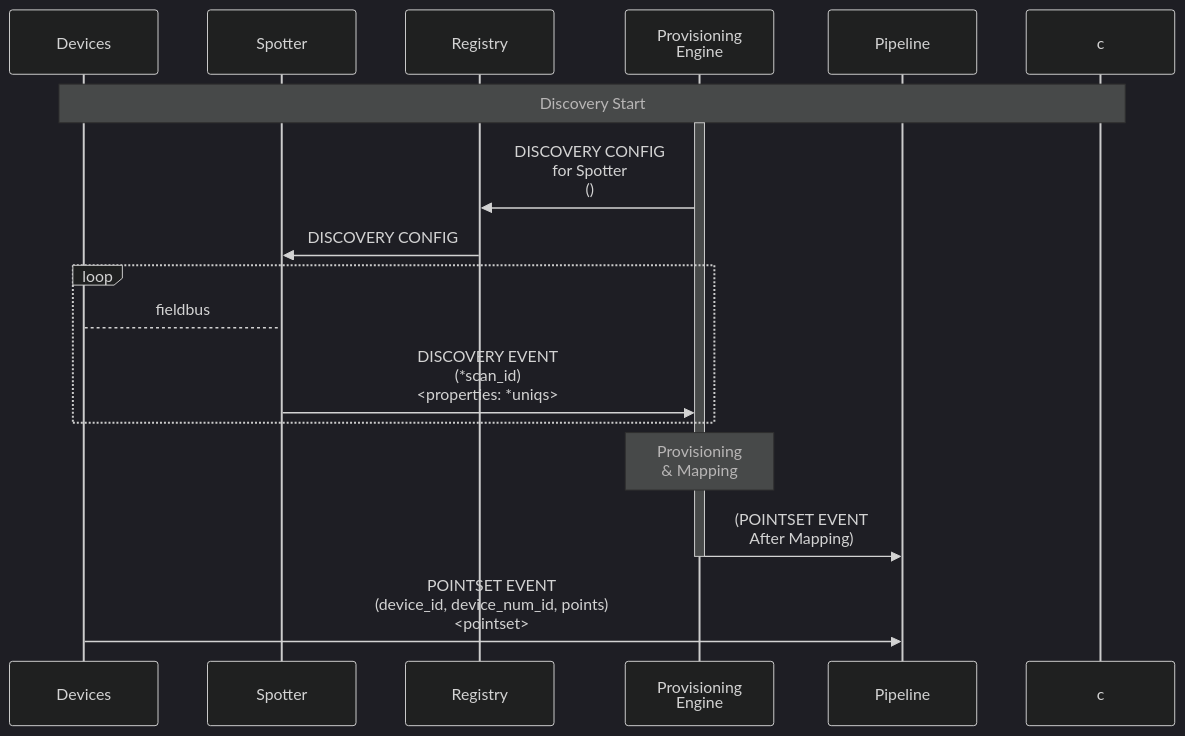
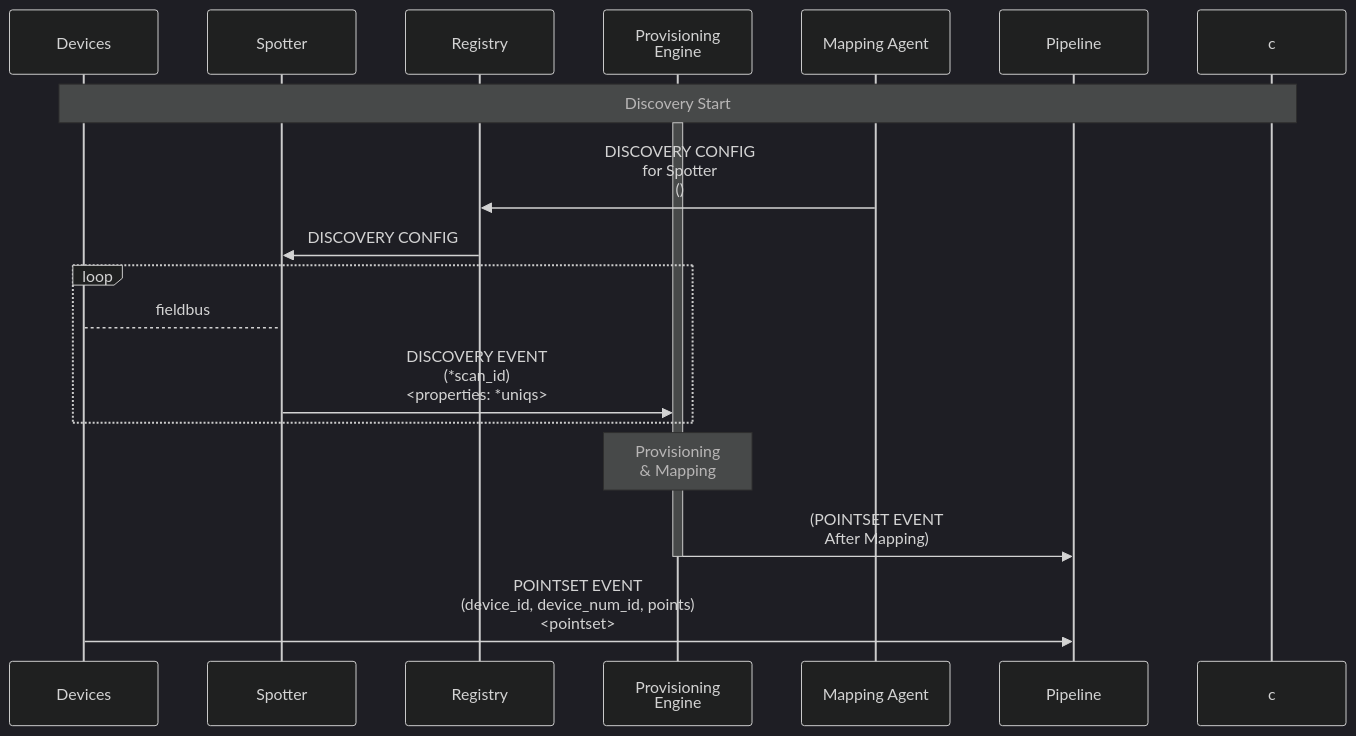
Before and after one commit to faucetsdn/udmi: the diagram in docs/specs/discovery.md, drawn with Mermaid (dark theme). The commit also changed other lines of this file and 1 other file, not shown here.

Commit message:
update discovery and mapping documentation

````diff
--- a/docs/specs/discovery.md
+++ b/docs/specs/discovery.md
@@ -33,21 +34,22 @@
 ```mermaid
 sequenceDiagram
   %%{wrap}%%
   participant Devices
   participant Spotter
   participant Registry
   participant Provisioning Engine
+  participant Mapping Agent
   participant Pipeline
   Note over Devices, c: Discovery Start
   activate Provisioning Engine
-  Provisioning Engine->>Registry: DISCOVERY CONFIG<br/>for Spotter<br/>()
+  Mapping Agent->>Registry: DISCOVERY CONFIG<br/>for Spotter<br/>()
   Registry->>Spotter: DISCOVERY CONFIG
   loop
     Devices-->Spotter: fieldbus
     Spotter->>Provisioning Engine: DISCOVERY EVENT<br/>(*scan_id)<br/><properties: *uniqs>
   end
   Note over Provisioning Engine: Provisioning<br/>& Mapping
   Provisioning Engine ->> Pipeline: (POINTSET EVENT<br/>After Mapping)
   deactivate Provisioning Engine
   Devices->>Pipeline: POINTSET EVENT<br/>(device_id, device_num_id, points)<br/><pointset>
 ```
````
